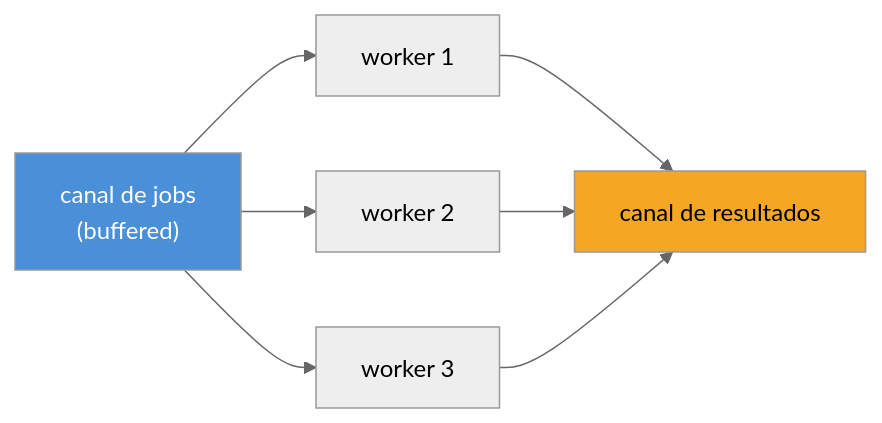
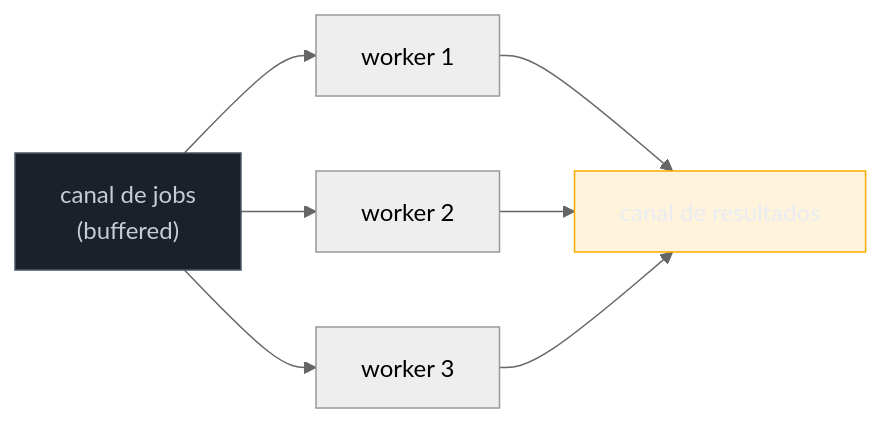
Before and after one commit to josenaldo/codex-technomanticus: the second of 3 diagrams in 03-Dominios/Tecnologia/Go/09 - Sincronização e context/08 - Padrões de concorrência idiomáticos.md, drawn with Mermaid (neutral theme). The commit also changed other lines of this file and 1181 other files, not shown here.

First line of the commit message:
fix(diagramas): paleta do sistema no lugar de cor cravada no markdown

````diff
--- a/03-Dominios/Tecnologia/Go/09 - Sincronização e context/08 - Padrões de concorrência idiomáticos.md
+++ b/03-Dominios/Tecnologia/Go/09 - Sincronização e context/08 - Padrões de concorrência idiomáticos.md
@@ -143,12 +145,14 @@
 ```mermaid
 flowchart LR
+    classDef neutro fill:#1B2029,stroke:#4E5666,color:#C6CCD8
+    classDef destaque fill:#FFAA0024,stroke:#FFAA00,color:#E9ECF2
     Jobs["canal de jobs\n(buffered)"] --> W1["worker 1"]
     Jobs --> W2["worker 2"]
     Jobs --> W3["worker 3"]
     W1 --> Results["canal de resultados"]
     W2 --> Results
     W3 --> Results
 
-    style Jobs fill:#4A90D9,color:#fff
-    style Results fill:#F5A623,color:#000
+    class Jobs neutro
+    class Results destaque
 ```
````
